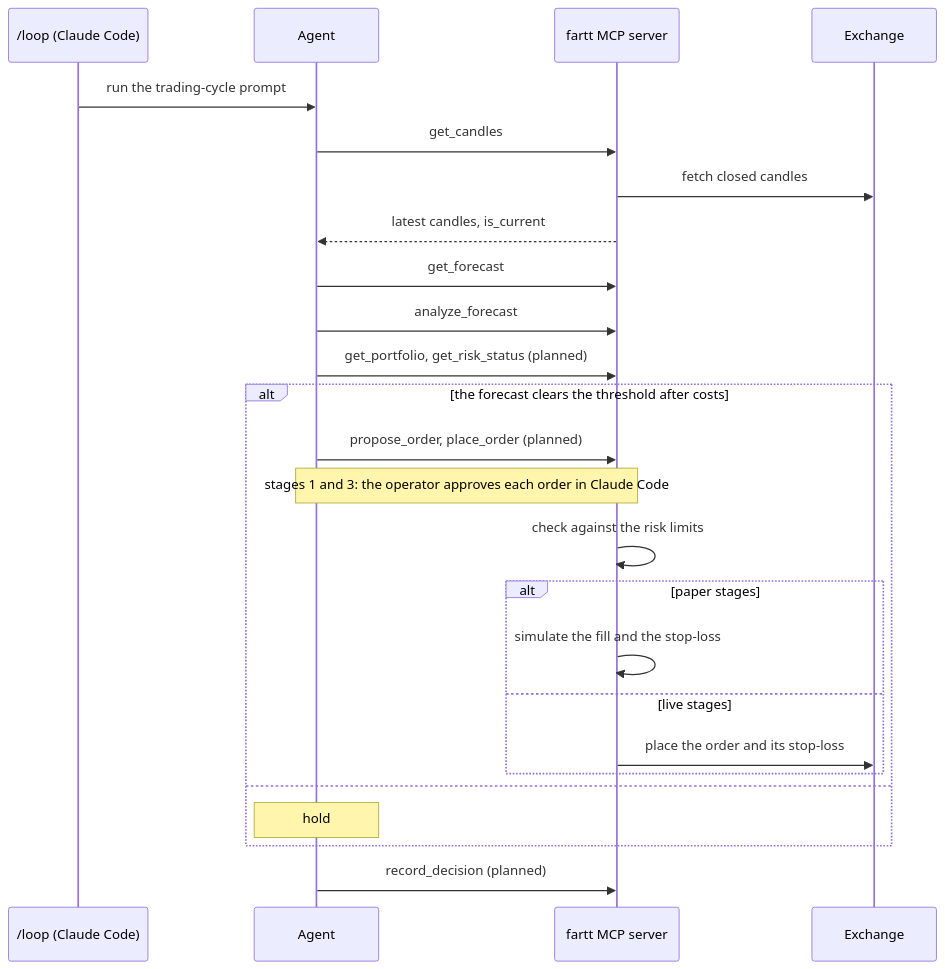
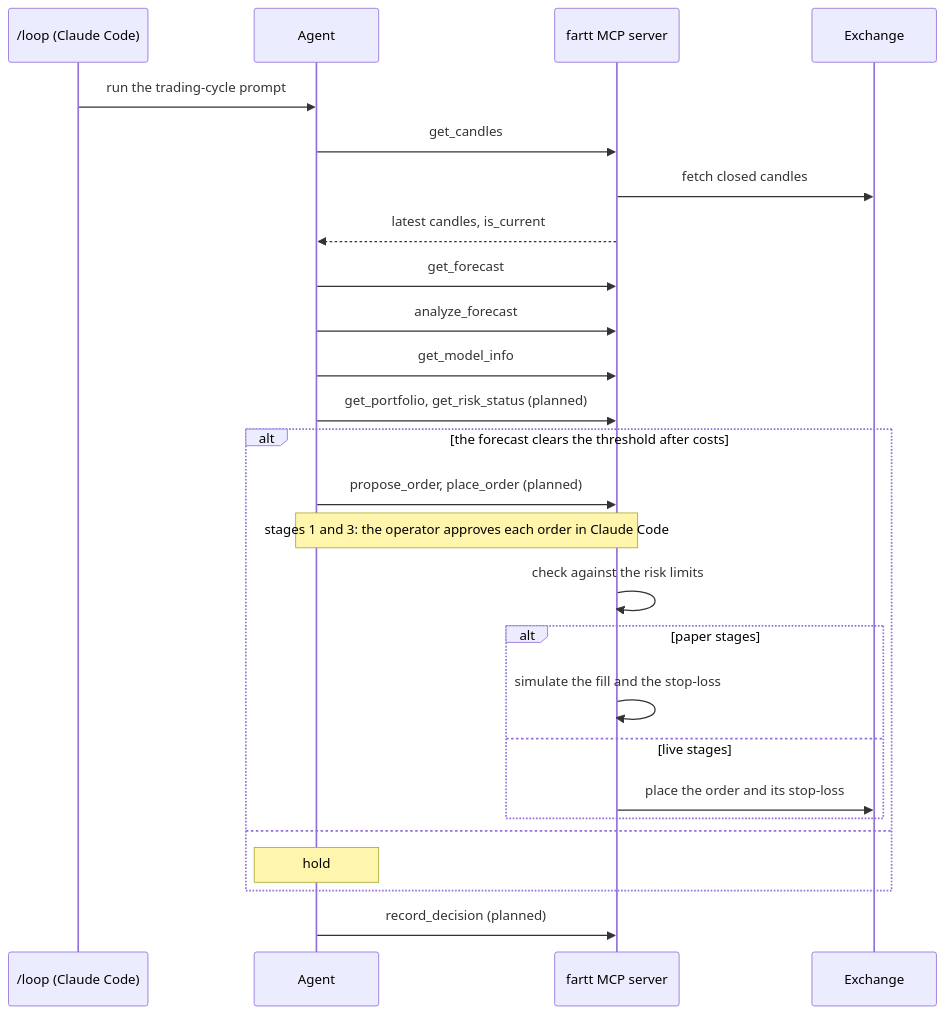
Before and after one commit to vanesterik/fart: the diagram in README.md, drawn with Mermaid. The commit also changed other lines of this file and 5 other files, not shown here.

Commit message:
feat: add the get_model_info tool

````diff
--- a/README.md
+++ b/README.md
@@ -68,28 +68,29 @@
 ```mermaid
 sequenceDiagram
     participant Cycle as /loop (Claude Code)
     participant Agent
     participant Server as fartt MCP server
     participant Exchange
 
     Cycle->>Agent: run the trading-cycle prompt
     Agent->>Server: get_candles
     Server->>Exchange: fetch closed candles
     Server-->>Agent: latest candles, is_current
     Agent->>Server: get_forecast
     Agent->>Server: analyze_forecast
+    Agent->>Server: get_model_info
     Agent->>Server: get_portfolio, get_risk_status (planned)
     alt the forecast clears the threshold after costs
         Agent->>Server: propose_order, place_order (planned)
         Note over Agent,Server: stages 1 and 3: the operator approves each order in Claude Code
         Server->>Server: check against the risk limits
         alt paper stages
             Server->>Server: simulate the fill and the stop-loss
         else live stages
             Server->>Exchange: place the order and its stop-loss
         end
     else
         Note over Agent: hold
     end
     Agent->>Server: record_decision (planned)
 ```
````
